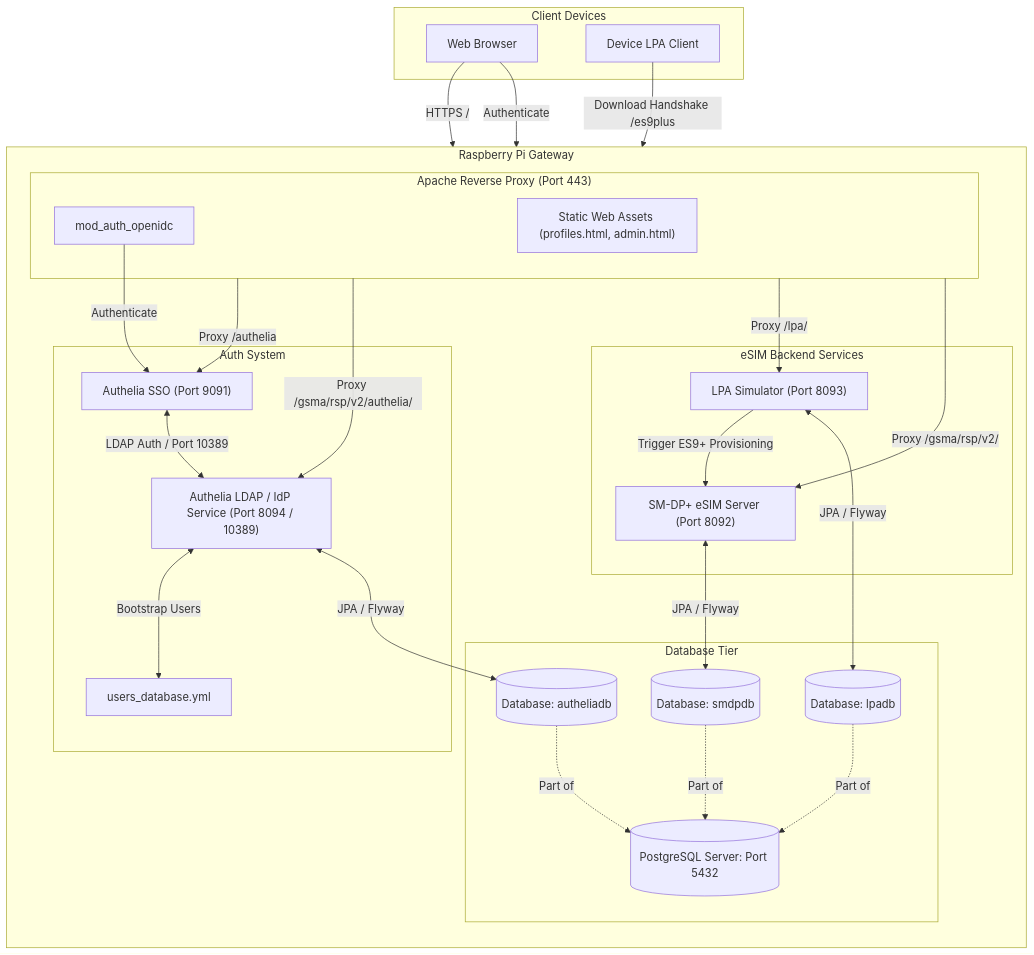
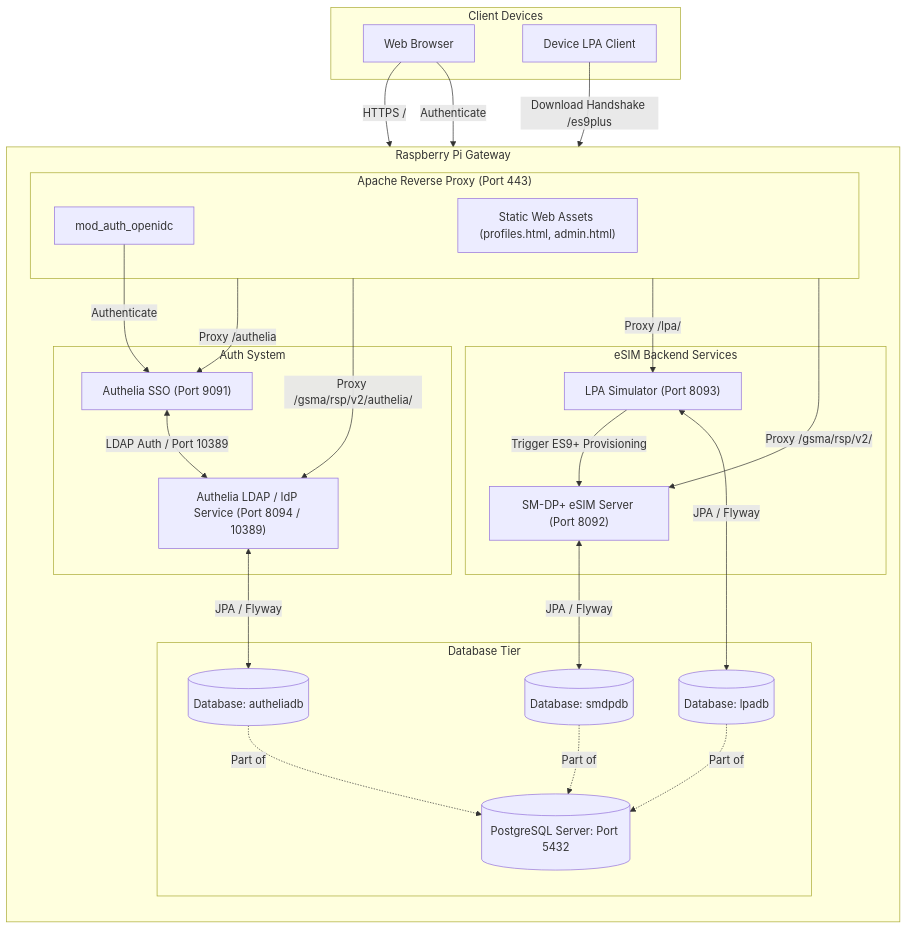
Before and after one commit to muku3011/website: the third of 3 diagrams in README.md, drawn with Mermaid. The commit also changed other lines of this file and 6 other files, not shown here.

Commit message:
refactor: remove users_database.yml bootstrapping implementation and configuration from authelia-ldap

````diff
--- a/README.md
+++ b/README.md
@@ -72,58 +72,56 @@
 ```mermaid
 flowchart TD
     subgraph Client ["Client Devices"]
         Browser["Web Browser"]
         LPA_Client["Device LPA Client"]
     end
 
     subgraph RPi ["Raspberry Pi Gateway"]
         direction TB
         subgraph Proxy ["Apache Reverse Proxy (Port 443)"]
             Static["Static Web Assets (profiles.html, admin.html)"]
             OIDC["mod_auth_openidc"]
         end
 
         subgraph Auth ["Auth System"]
             Authelia["Authelia SSO (Port 9091)"]
             AutheliaLDAP["Authelia LDAP / IdP Service (Port 8094 / 10389)"]
-            YAML_DB["users_database.yml"]
         end
 
         subgraph Backend ["eSIM Backend Services"]
             SMDP["SM-DP+ eSIM Server (Port 8092)"]
             LPA_Sim["LPA Simulator (Port 8093)"]
         end
 
         subgraph DB ["Database Tier"]
             PostgreSQL[(PostgreSQL Server: Port 5432)]
             smdpdb[(Database: smdpdb)]
             lpadb[(Database: lpadb)]
             autheliadb[(Database: autheliadb)]
         end
     end
 
     %% Client Access
     Browser -->|HTTPS /| Static
     Browser -->|Authenticate| OIDC
     LPA_Client -->|Download Handshake /es9plus| SMDP
 
     %% Proxy Routing
     OIDC -->|Authenticate| Authelia
     Proxy -->|Proxy /authelia| Authelia
     Proxy -->|Proxy /gsma/rsp/v2/authelia/| AutheliaLDAP
     Proxy -->|Proxy /lpa/| LPA_Sim
     Proxy -->|Proxy /gsma/rsp/v2/| SMDP
 
     %% Authentication Directory
-    AutheliaLDAP <-->|Bootstrap Users| YAML_DB
     Authelia <-->|LDAP Auth / Port 10389| AutheliaLDAP
     AutheliaLDAP <-->|JPA / Flyway| autheliadb
 
     %% eSIM provisioning & database
     LPA_Sim -->|Trigger ES9+ Provisioning| SMDP
     SMDP <-->|JPA / Flyway| smdpdb
     LPA_Sim <-->|JPA / Flyway| lpadb
     smdpdb -.->|Part of| PostgreSQL
     lpadb -.->|Part of| PostgreSQL
     autheliadb -.->|Part of| PostgreSQL
 ```
````
